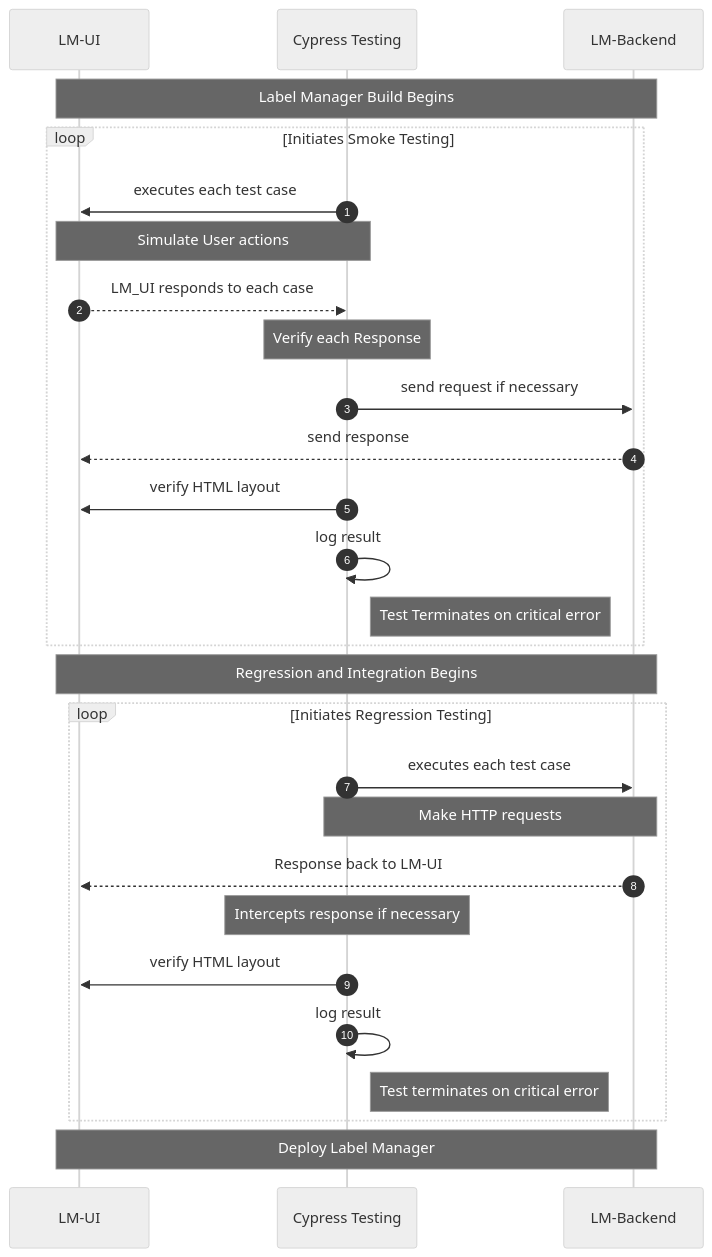
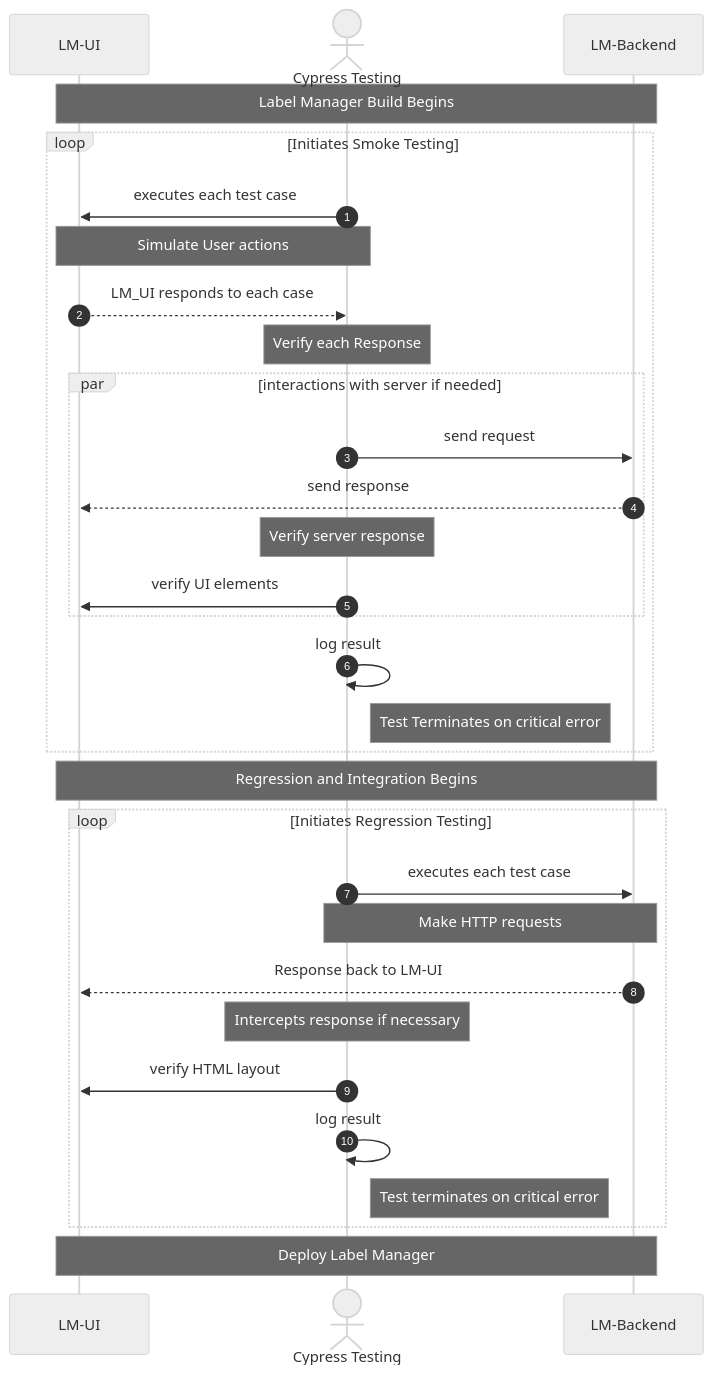
The first of 3 diagrams in README.md (yongjohnlee80/techday20220922_Mermaid), drawn with Mermaid (neutral theme) before and after one commit. The commit also changed other lines of this file, not shown here.

````diff
--- a/README.md
+++ b/README.md
@@ -24,36 +24,40 @@
 ```mermaid
 sequenceDiagram
     autonumber
     participant A as LM-UI
-    participant B as Cypress Testing
+    actor B as Cypress Testing
     participant C as LM-Backend
 
     Note over A, C: Label Manager Build Begins
 
     loop Initiates Smoke Testing
         B->>A: executes each test case
         Note over A,B: Simulate User actions
         A-->>B: LM_UI responds to each case
         Note over B: Verify each Response
-        B->>C: send request if necessary
-        C-->>A: send response
-        B->>A: verify HTML layout
+        par interactions with server if needed
+            B->>C: send request
+            C-->>A: send response
+            Note over B: Verify server response
+            B->>A: verify UI elements
+        end
+
         B->>B: log result
         Note right of B: Test Terminates on critical error
     end
 
         Note over A, C: Regression and Integration Begins
 
     loop Initiates Regression Testing
         B->>C: executes each test case
         Note over B,C: Make HTTP requests
         C-->>A: Response back to LM-UI
         Note over B: Intercepts response if necessary
         B->>A: verify HTML layout
         B->>B: log result
         Note right of B: Test terminates on critical error
     end
 
     Note over A, C: Deploy Label Manager
 
 ```
````
